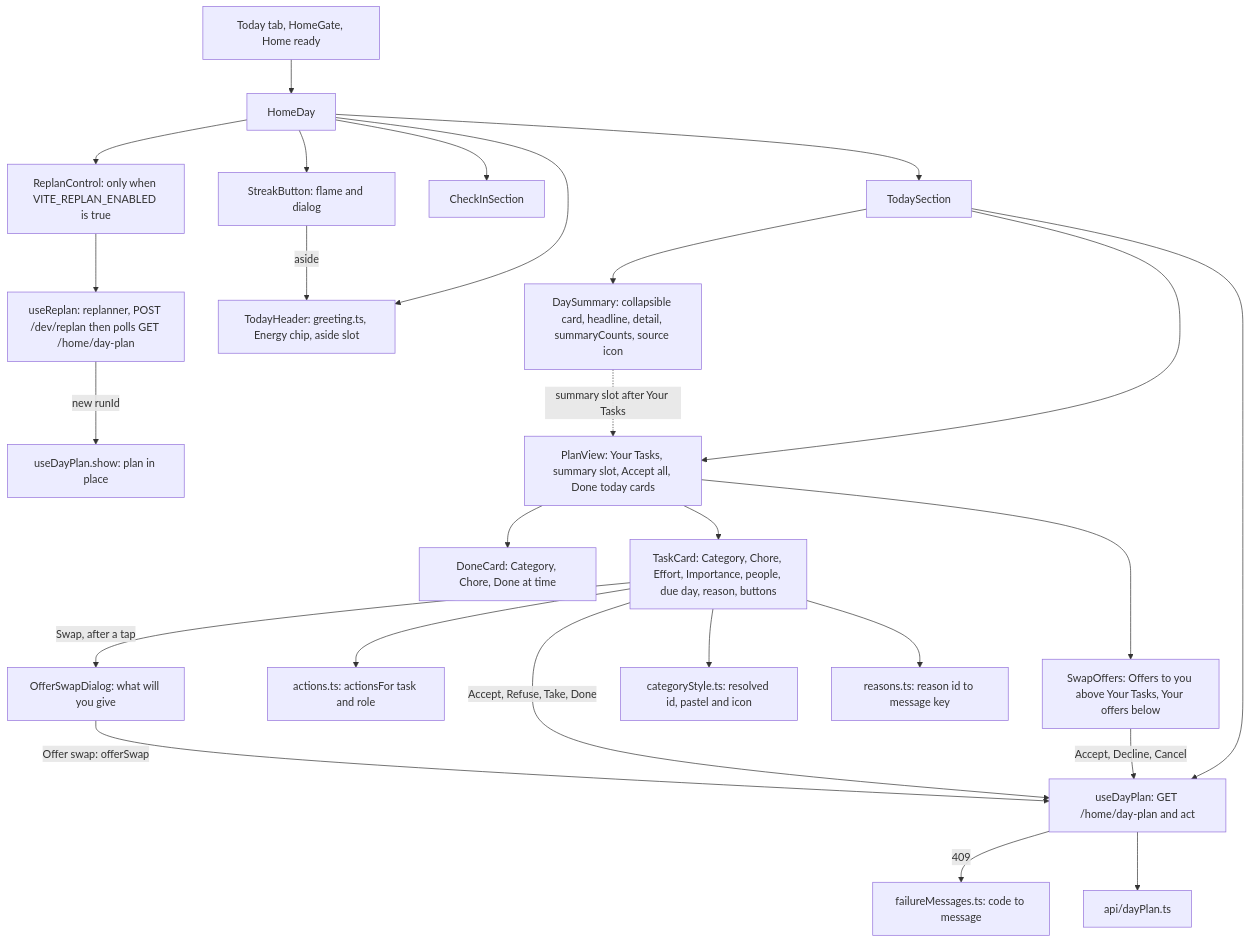
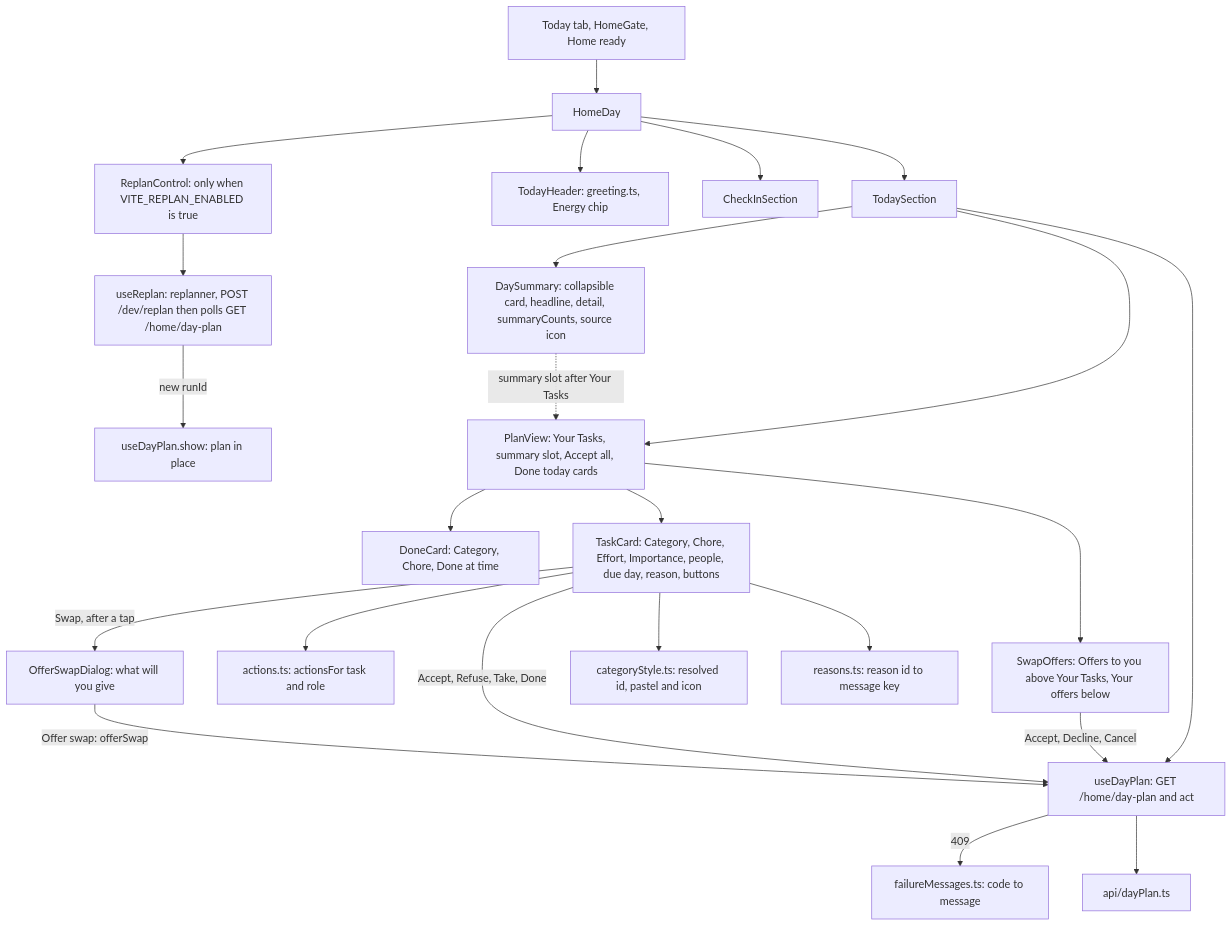
The ninth of 11 diagrams in docs/architecture/web.md (AbnerWillclefy/Homeowner), drawn with Mermaid before and after one commit. The commit also changed other lines of this file and 1 other file, not shown here.

````diff
--- a/docs/architecture/web.md
+++ b/docs/architecture/web.md
@@ -487,28 +488,26 @@
 ```mermaid
 flowchart TD
     HS[Today tab, HomeGate, Home ready] --> HD[HomeDay]
     HD --> RC[ReplanControl: only when VITE_REPLAN_ENABLED is true]
     RC --> UR[useReplan: replanner, POST /dev/replan then polls GET /home/day-plan]
     UR -->|new runId| SHOW[useDayPlan.show: plan in place]
-    HD --> TH[TodayHeader: greeting.ts, Energy chip, aside slot]
-    HD --> SB[StreakButton: flame and dialog]
-    SB -->|aside| TH
+    HD --> TH[TodayHeader: greeting.ts, Energy chip]
     HD --> CI[CheckInSection]
     HD --> TS[TodaySection]
     TS --> DS[DaySummary: collapsible card, headline, detail, summaryCounts, source icon]
     TS --> UD[useDayPlan: GET /home/day-plan and act]
     TS --> PV[PlanView: Your Tasks, summary slot, Accept all, Done today cards]
     DS -.->|summary slot after Your Tasks| PV
     PV --> SO[SwapOffers: Offers to you above Your Tasks, Your offers below]
     SO -->|Accept, Decline, Cancel| UD
     PV --> DC[DoneCard: Category, Chore, Done at time]
     PV --> TC[TaskCard: Category, Chore, Effort, Importance, people, due day, reason, buttons]
     TC --> AC[actions.ts: actionsFor task and role]
     TC -->|Accept, Refuse, Take, Done| UD
     TC -->|Swap, after a tap| OD[OfferSwapDialog: what will you give]
     OD -->|Offer swap: offerSwap| UD
     UD -->|409| FM[failureMessages.ts: code to message]
     TC --> CS[categoryStyle.ts: resolved id, pastel and icon]
     TC --> R[reasons.ts: reason id to message key]
     UD --> API[api/dayPlan.ts]
 ```
````
